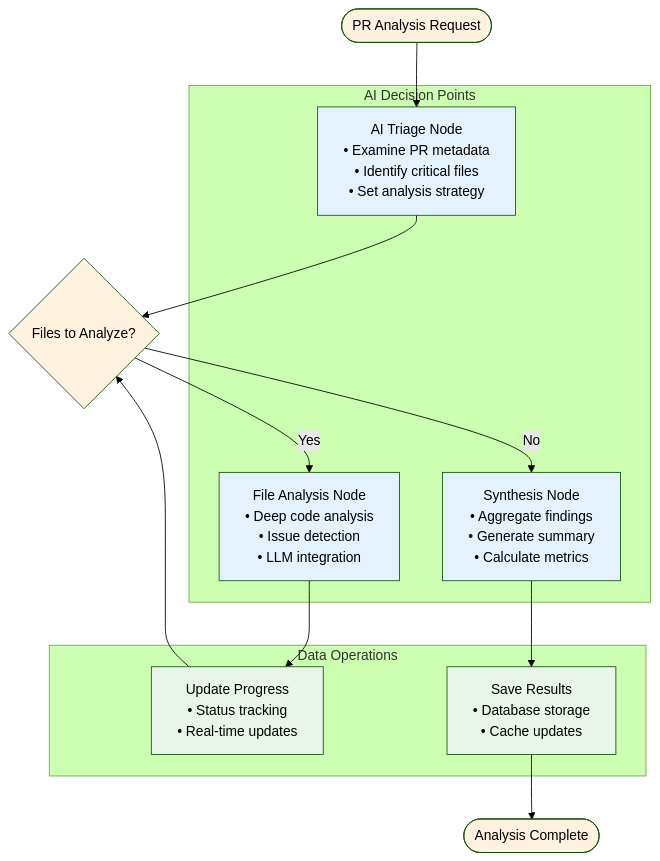
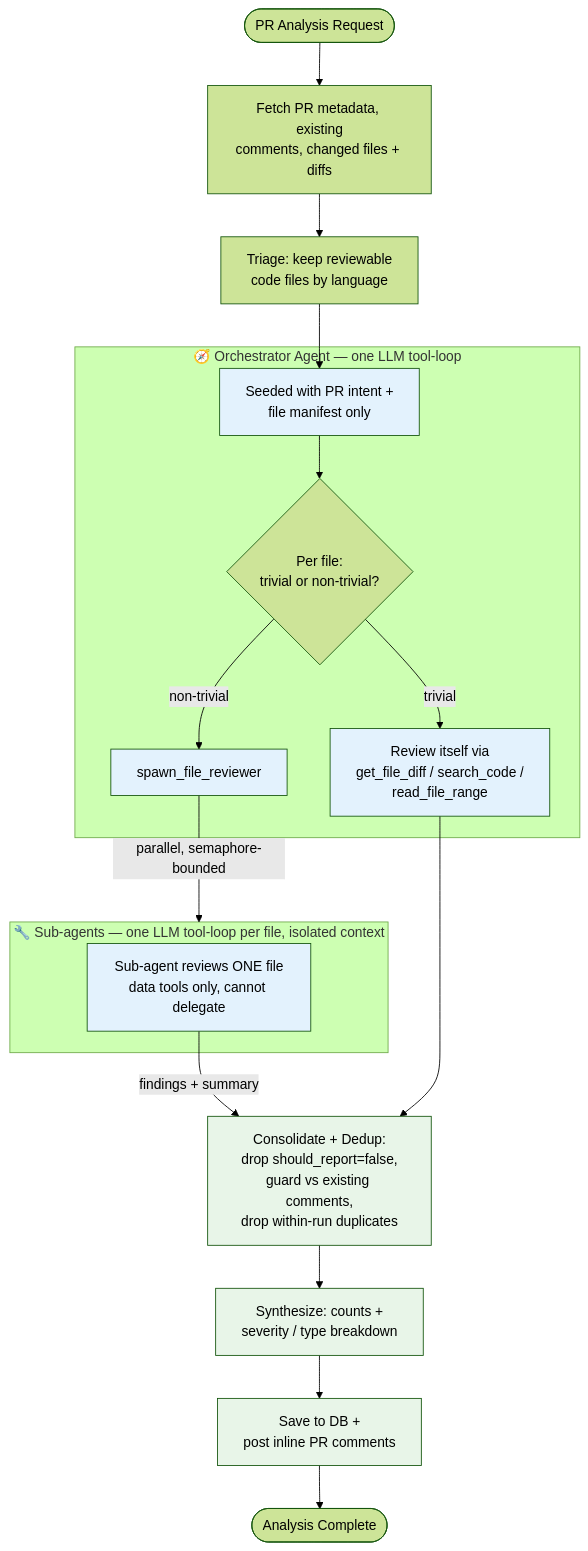
Before and after one commit to RJSIN147/Code-Review-Copilot: the second of 2 diagrams in README.md, drawn with Mermaid (forest theme). The commit also changed other lines of this file, not shown here.

First line of the commit message:
docs: document the agentic orchestrator-worker workflow

````diff
--- a/README.md
+++ b/README.md
@@ -101,37 +112,31 @@
 ```mermaid
 graph TD
-    Start([PR Analysis Request]) --> Triage[AI Triage Node<br/>• Examine PR metadata<br/>• Identify critical files<br/>• Set analysis strategy]
+    Start([PR Analysis Request]) --> Fetch[Fetch PR metadata, existing<br/>comments, changed files + diffs]
+    Fetch --> Triage[Triage: keep reviewable<br/>code files by language]
+    Triage --> Orch
 
-    Triage --> FileLoop{Files to Analyze?}
-
-    FileLoop -->|Yes| AnalyzeFile[File Analysis Node<br/>• Deep code analysis<br/>• Issue detection<br/>• LLM integration]
-
-    AnalyzeFile --> UpdateProgress[Update Progress<br/>• Status tracking<br/>• Real-time updates]
-
-    UpdateProgress --> FileLoop
-
-    FileLoop -->|No| Synthesize[Synthesis Node<br/>• Aggregate findings<br/>• Generate summary<br/>• Calculate metrics]
-
-    Synthesize --> SaveResults[Save Results<br/>• Database storage<br/>• Cache updates]
-
-    SaveResults --> Complete([Analysis Complete])
-
-    subgraph "AI Decision Points"
-        Triage
-        AnalyzeFile
-        Synthesize
+    subgraph ORCH["🧭 Orchestrator Agent — one LLM tool-loop"]
+        Orch[Seeded with PR intent +<br/>file manifest only]
+        Orch --> Decide{Per file:<br/>trivial or non-trivial?}
+        Decide -->|trivial| Self[Review itself via<br/>get_file_diff / search_code /<br/>read_file_range]
+        Decide -->|non-trivial| Deleg[spawn_file_reviewer]
     end
 
-    subgraph "Data Operations"
-        UpdateProgress
-        SaveResults
+    Deleg -->|parallel, semaphore-bounded| SUB
+
+    subgraph SUB["🔧 Sub-agents — one LLM tool-loop per file, isolated context"]
+        S1[Sub-agent reviews ONE file<br/>data tools only, cannot delegate]
     end
 
-    classDef ai fill:#e3f2fd
+    S1 -->|findings + summary| Merge
+    Self --> Merge
+    Merge[Consolidate + Dedup:<br/>drop should_report=false,<br/>guard vs existing comments,<br/>drop within-run duplicates]
+    Merge --> Synth[Synthesize: counts +<br/>severity / type breakdown]
+    Synth --> Save[Save to DB +<br/>post inline PR comments]
+    Save --> Done([Analysis Complete])
+
+    classDef agent fill:#e3f2fd
     classDef data fill:#e8f5e8
-    classDef flow fill:#fff3e0
-
-    class Triage,AnalyzeFile,Synthesize ai
-    class UpdateProgress,SaveResults data
-    class Start,Complete,FileLoop flow
+    class Orch,Self,Deleg,S1 agent
+    class Merge,Synth,Save data
 ```
````
